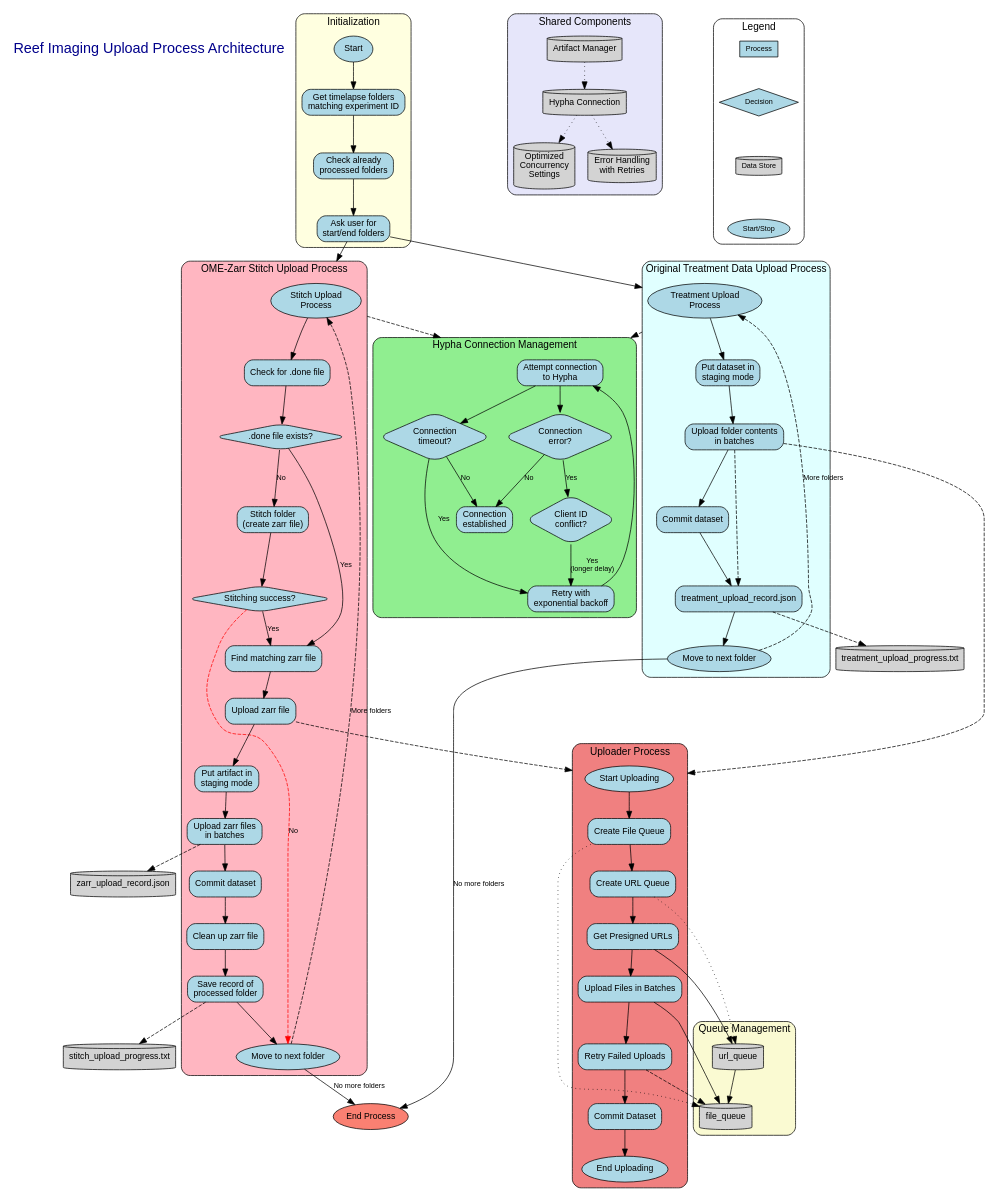
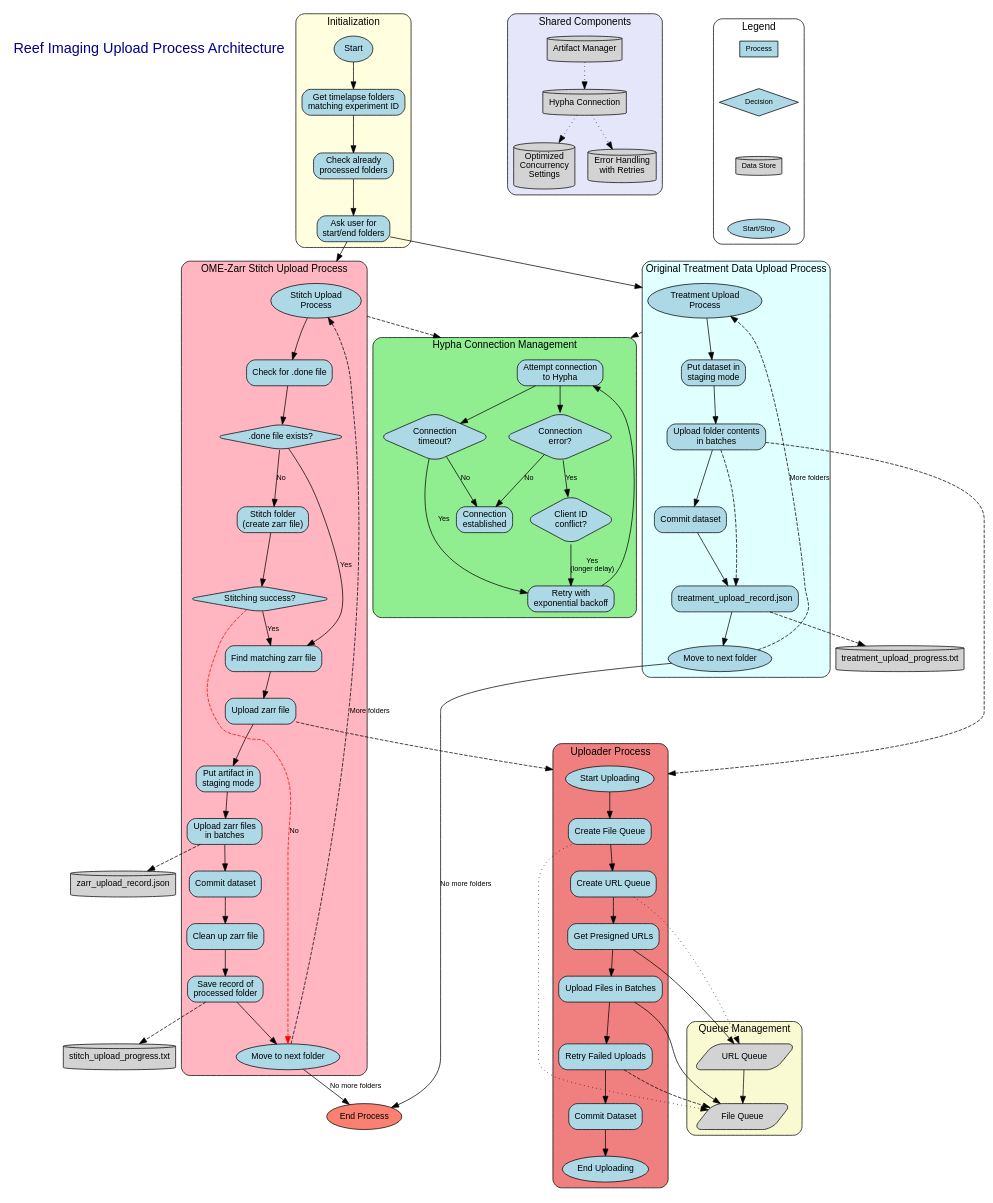
Before and after one commit to cccoolll/reef-imaging: the diagram in reef_imaging/hypha_tools/artifact_manager/upload_process.dot, drawn with Graphviz. The commit also changed 1 other file, not shown here.

Commit message:
Update upload process diagram

```diff
--- a/reef_imaging/hypha_tools/artifact_manager/upload_process.dot
+++ b/reef_imaging/hypha_tools/artifact_manager/upload_process.dot
@@ -193,5 +193,9 @@
         url_queue -> file_queue;
         upload_files -> file_queue;
         retry_failed -> file_queue [style=dashed];
+        
+        // Represent queues with a shape that suggests a series of items
+        file_queue [label="File Queue", shape=parallelogram];
+        url_queue [label="URL Queue", shape=parallelogram];
     }
 } 
```
